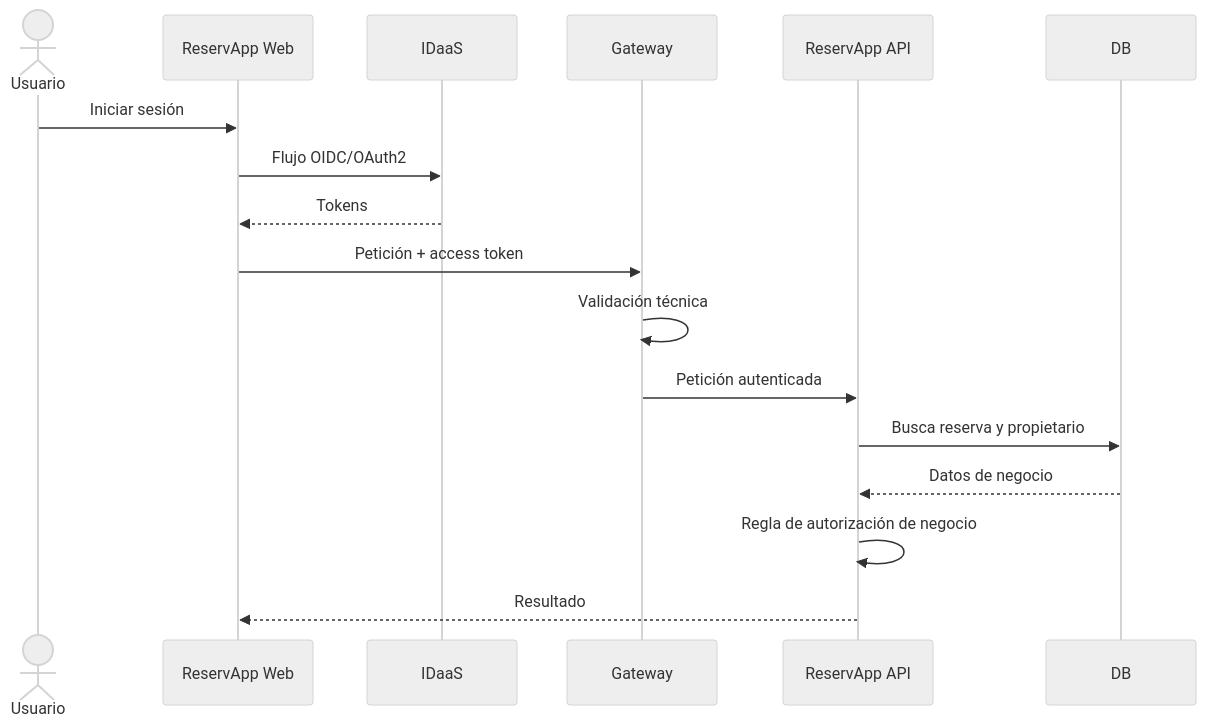
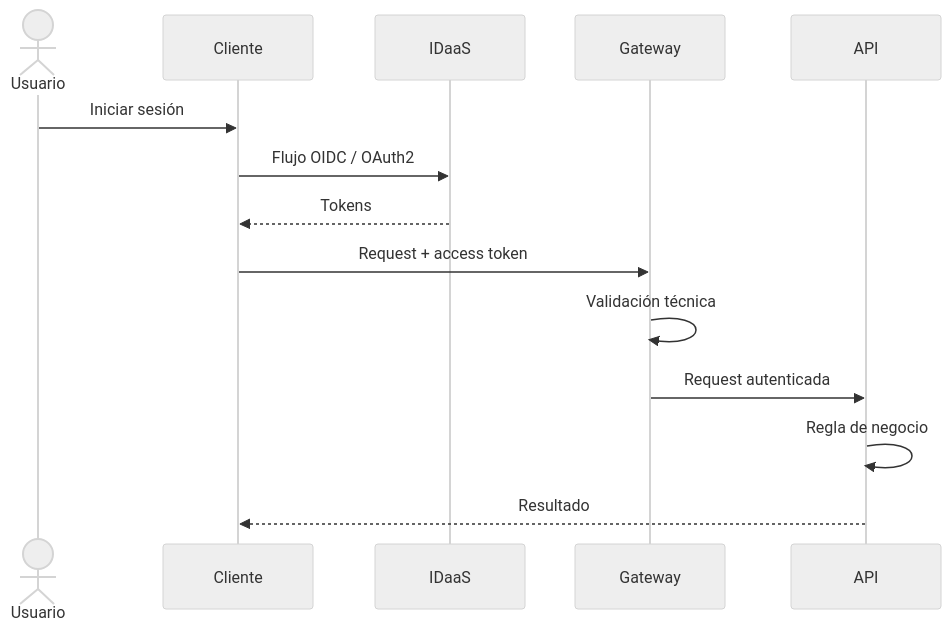
Before and after one commit to cmartinezs/DSY1107-DESARROLLO-CLOUD-NATIVE-I-2026-2: the seventh of 7 diagrams in semanas/semana-02/02-idaas-ciam.md, drawn with Mermaid (neutral theme). The commit also changed other lines of this file, not shown here.

Commit message:
docs: fix IDaaS content and GitHub-safe Mermaid

````diff
--- a/semanas/semana-02/02-idaas-ciam.md
+++ b/semanas/semana-02/02-idaas-ciam.md
@@ -427,20 +176,17 @@
 ```mermaid
 sequenceDiagram
     actor U as Usuario
-    participant C as ReservApp Web
+    participant C as Cliente
     participant I as IDaaS
     participant G as Gateway
-    participant A as ReservApp API
-    participant D as DB
+    participant A as API
 
     U->>C: Iniciar sesión
-    C->>I: Flujo OIDC/OAuth2
+    C->>I: Flujo OIDC / OAuth2
     I-->>C: Tokens
-    C->>G: Petición + access token
+    C->>G: Request + access token
     G->>G: Validación técnica
-    G->>A: Petición autenticada
-    A->>D: Busca reserva y propietario
-    D-->>A: Datos de negocio
-    A->>A: Regla de autorización de negocio
+    G->>A: Request autenticada
+    A->>A: Regla de negocio
     A-->>C: Resultado
 ```
````
